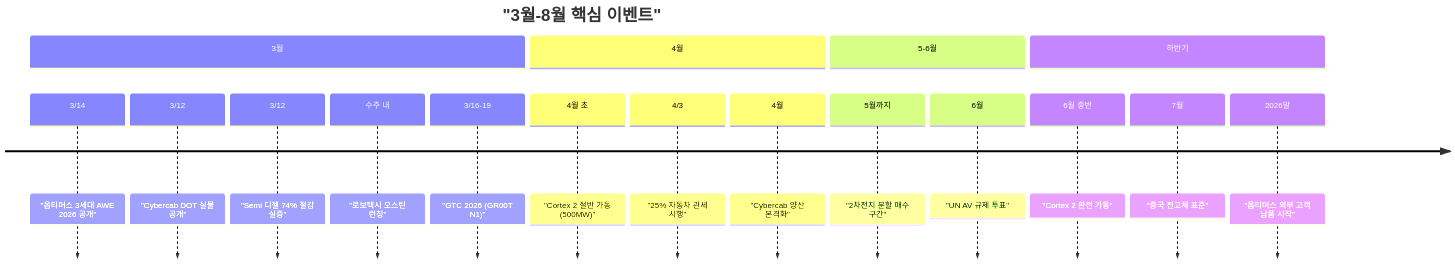
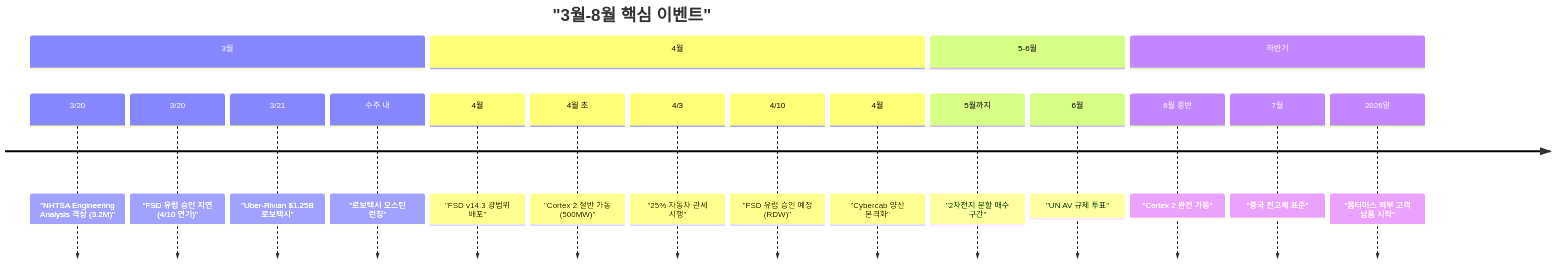
Before and after one commit to dss99911/dss99911.github.io: the fifth of 5 diagrams in _posts/knowledge/invest/2026-01-21-automotive-robotics-sector-outlook-2026.md, drawn with Mermaid. The commit also changed other lines of this file and 5 other files, not shown here.

````diff
--- a/_posts/knowledge/invest/2026-01-21-automotive-robotics-sector-outlook-2026.md
+++ b/_posts/knowledge/invest/2026-01-21-automotive-robotics-sector-outlook-2026.md
@@ -412,21 +503,22 @@
 ```mermaid
 timeline
     title "3월-8월 핵심 이벤트"
     section 3월
-        3/14 : "옵티머스 3세대 AWE 2026 공개"
-        3/12 : "Cybercab DOT 실물 공개"
-        3/12 : "Semi 디젤 74% 절감 실증"
+        3/20 : "NHTSA Engineering Analysis 격상 (3.2M)"
+        3/20 : "FSD 유럽 승인 지연 (4/10 연기)"
+        3/21 : "Uber-Rivian $1.25B 로보택시"
         수주 내 : "로보택시 오스틴 런칭"
-        3/16-19 : "GTC 2026 (GR00T N1)"
     section 4월
+        4월 : "FSD v14.3 광범위 배포"
         4월 초 : "Cortex 2 절반 가동 (500MW)"
         4/3 : "25% 자동차 관세 시행"
+        4/10 : "FSD 유럽 승인 예정 (RDW)"
         4월 : "Cybercab 양산 본격화"
     section 5-6월
         5월까지 : "2차전지 분할 매수 구간"
         6월 : "UN AV 규제 투표"
     section 하반기
         6월 중반 : "Cortex 2 완전 가동"
         7월 : "중국 전고체 표준"
         2026말 : "옵티머스 외부 고객 납품 시작"
 ```
````
